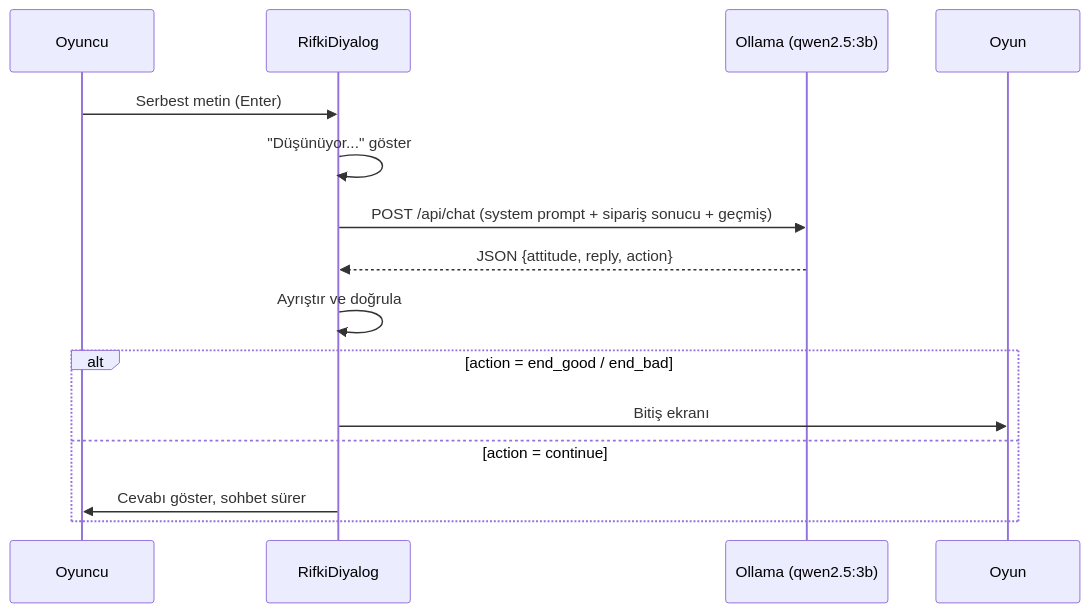
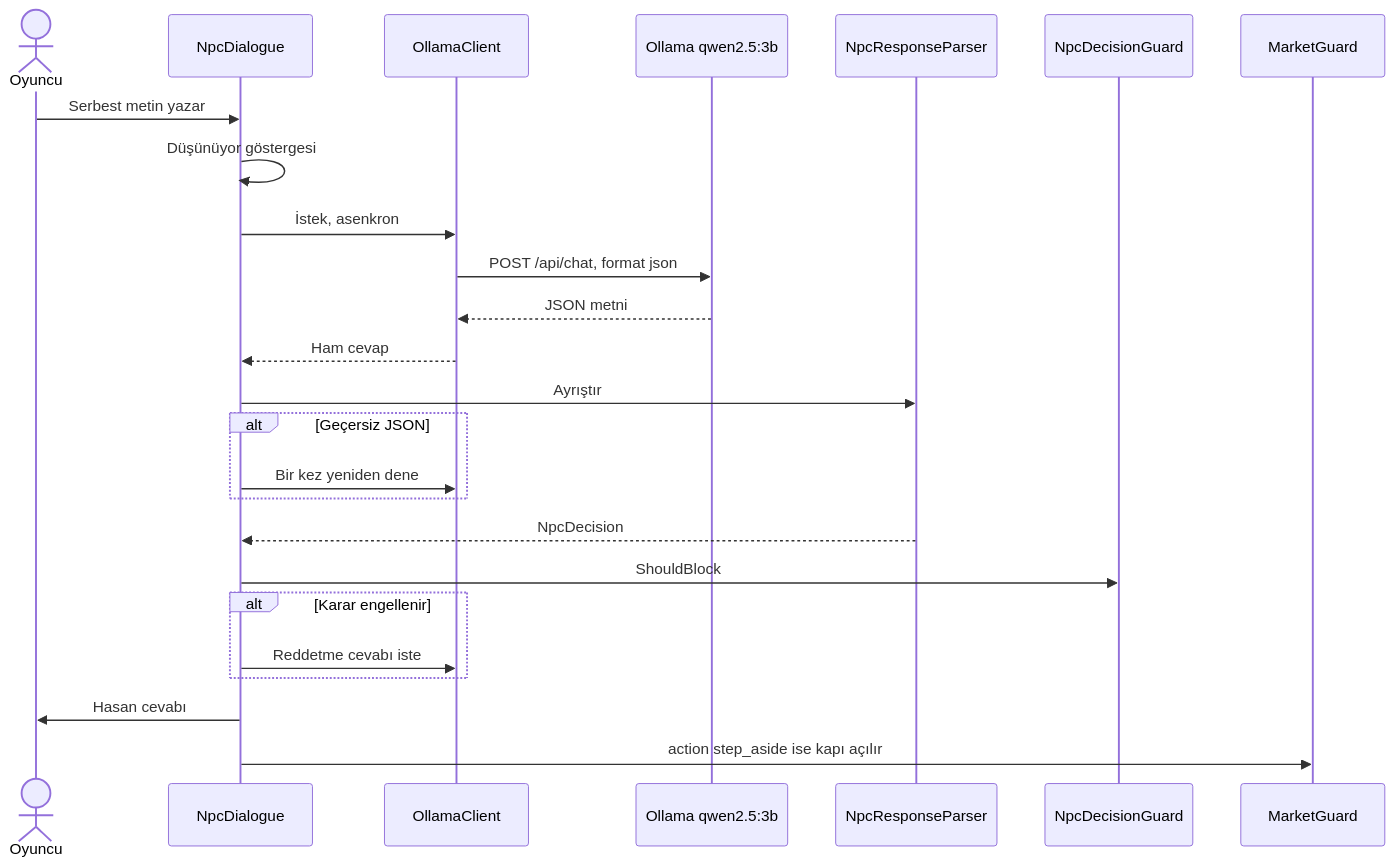
Before and after one commit to bltMelike/Proje_oyun: the fourth of 4 diagrams in README.md, drawn with Mermaid. The commit also changed other lines of this file, not shown here.

````diff
--- a/README.md
+++ b/README.md
@@ -76,17 +295,27 @@
 ```mermaid
 sequenceDiagram
-    participant O as Oyuncu
-    participant D as RifkiDiyalog
-    participant L as Ollama (qwen2.5:3b)
-    participant G as Oyun
-    O->>D: Serbest metin (Enter)
-    D->>D: "Düşünüyor..." göster
-    D->>L: POST /api/chat (system prompt + sipariş sonucu + geçmiş)
-    L-->>D: JSON {attitude, reply, action}
-    D->>D: Ayrıştır ve doğrula
-    alt action = end_good / end_bad
-        D->>G: Bitiş ekranı
-    else action = continue
-        D->>O: Cevabı göster, sohbet sürer
+    actor Oyuncu
+    participant UI as NpcDialogue
+    participant Client as OllamaClient
+    participant LLM as Ollama qwen2.5:3b
+    participant Parser as NpcResponseParser
+    participant Guard as NpcDecisionGuard
+    participant Game as MarketGuard
+    Oyuncu->>UI: Serbest metin yazar
+    UI->>UI: Düşünüyor göstergesi
+    UI->>Client: İstek, asenkron
+    Client->>LLM: POST /api/chat, format json
+    LLM-->>Client: JSON metni
+    Client-->>UI: Ham cevap
+    UI->>Parser: Ayrıştır
+    alt Geçersiz JSON
+        UI->>Client: Bir kez yeniden dene
     end
+    Parser-->>UI: NpcDecision
+    UI->>Guard: ShouldBlock
+    alt Karar engellenir
+        UI->>Client: Reddetme cevabı iste
+    end
+    UI->>Oyuncu: Hasan cevabı
+    UI->>Game: action step_aside ise kapı açılır
 ```
````
